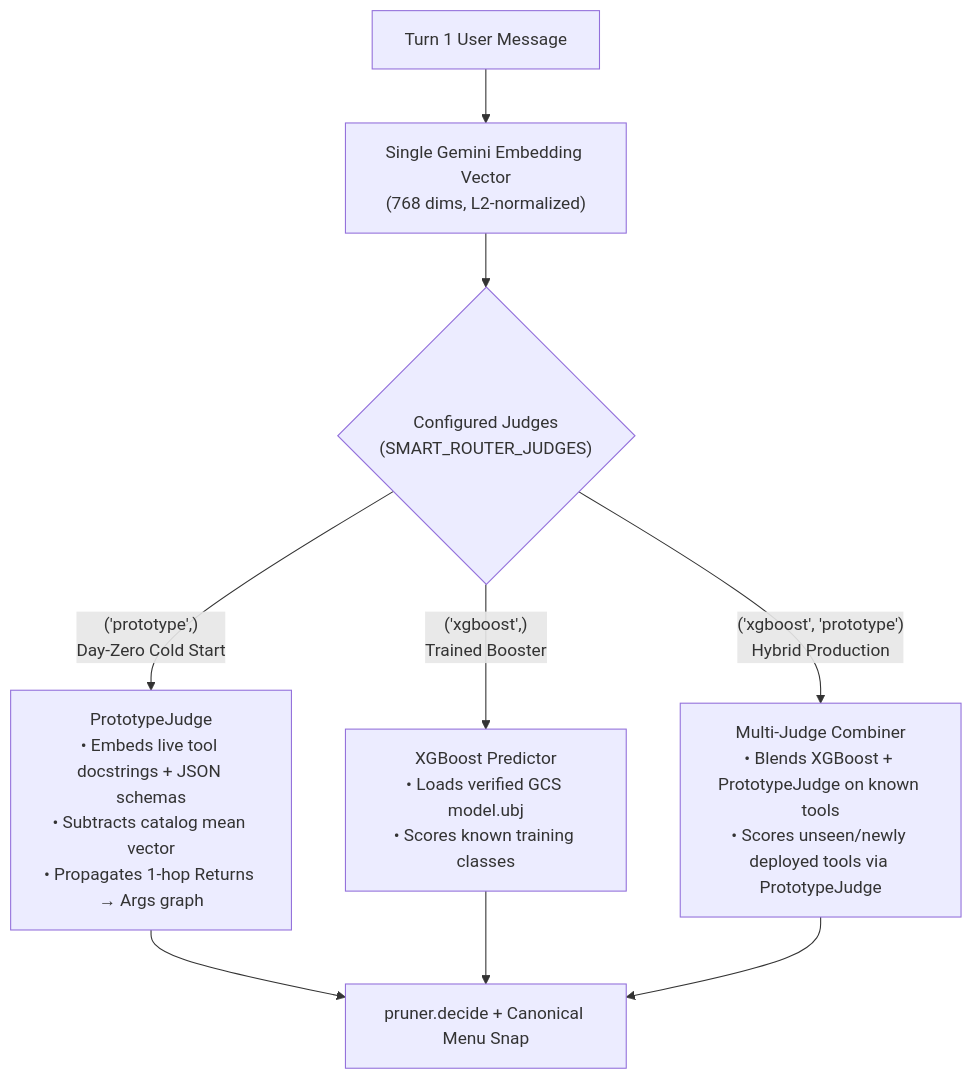
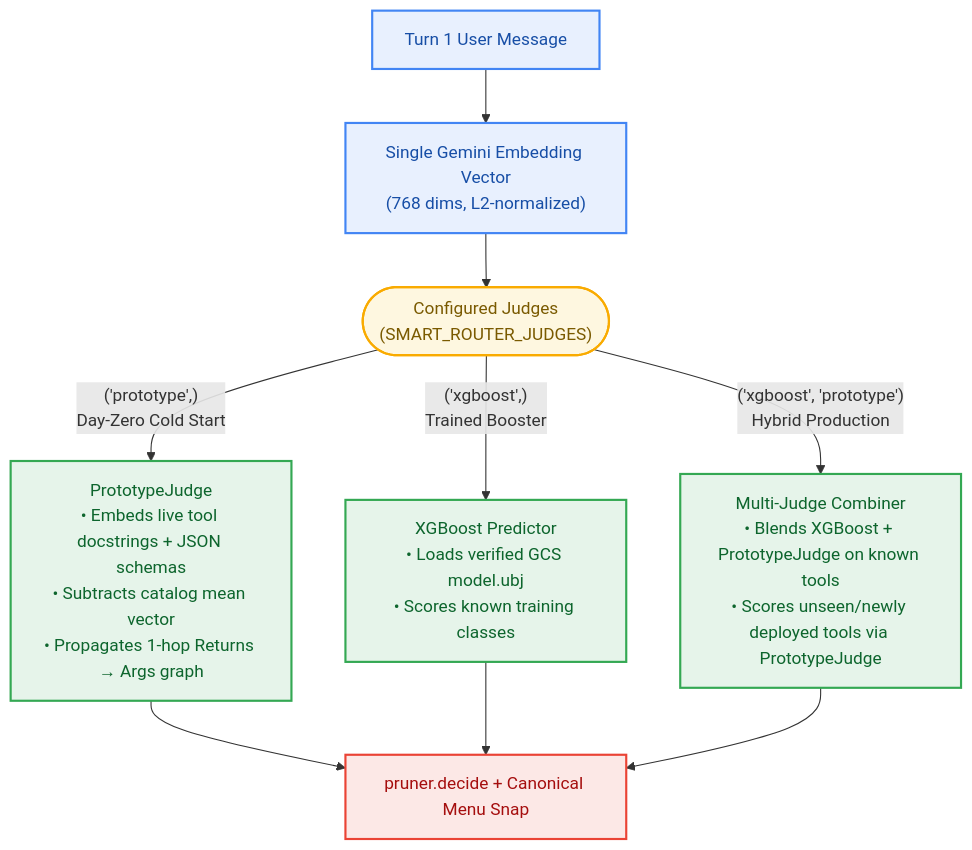
One commit to statmike/adk-smart-router changed the first of 3 diagrams in README.md. Above: the diagram before and after it, drawn with Mermaid. The commit also changed other lines of this file and 12 other files, not shown here.

Commit message:
docs(release): swap README Mermaid blocks to PNGs for PyPI and add zero-churn RC tag stamping

````diff
--- a/README.md
+++ b/README.md
@@ -110,13 +110,22 @@
 ```mermaid
 flowchart TD
     PROMPT["Turn 1 User Message"] --> EMBED["Single Gemini Embedding Vector<br/>(768 dims, L2-normalized)"]
-    EMBED --> TIER{"Configured Judges<br/>(SMART_ROUTER_JUDGES)"}
+    EMBED --> TIER(["Configured Judges<br/>(SMART_ROUTER_JUDGES)"])
 
     TIER -- "('prototype',)<br/>Day-Zero Cold Start" --> PROTO["PrototypeJudge<br/>• Embeds live tool docstrings + JSON schemas<br/>• Subtracts catalog mean vector<br/>• Propagates 1-hop Returns → Args graph"]
     TIER -- "('xgboost',)<br/>Trained Booster" --> XGB["XGBoost Predictor<br/>• Loads verified GCS model.ubj<br/>• Scores known training classes"]
     TIER -- "('xgboost', 'prototype')<br/>Hybrid Production" --> HYB["Multi-Judge Combiner<br/>• Blends XGBoost + PrototypeJudge on known tools<br/>• Scores unseen/newly deployed tools via PrototypeJudge"]
 
     PROTO --> PRUNE["pruner.decide + Canonical Menu Snap"]
     XGB --> PRUNE
     HYB --> PRUNE
+
+    classDef data fill:#E8F0FE,stroke:#4285F4,stroke-width:2px,color:#174EA6
+    classDef config fill:#FEF7E0,stroke:#F9AB00,stroke-width:2px,color:#7A5A00
+    classDef compute fill:#E6F4EA,stroke:#34A853,stroke-width:2px,color:#0D652D
+    classDef route fill:#FCE8E6,stroke:#EA4335,stroke-width:2px,color:#A50E0E
+    class PROMPT,EMBED data
+    class TIER config
+    class PROTO,XGB,HYB compute
+    class PRUNE route
 ```
````
